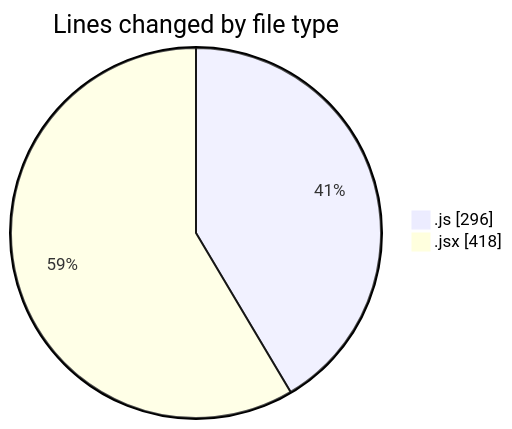
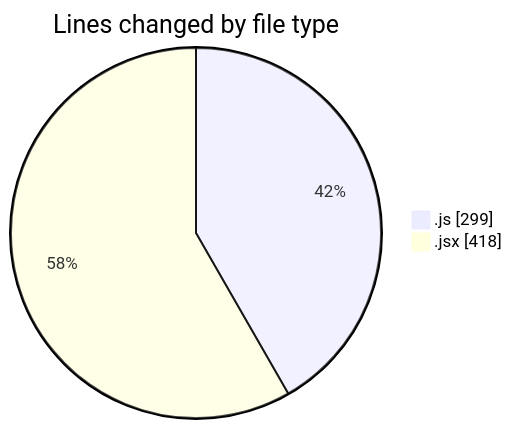
One commit to nxtqubesakshisongat/code-tracking changed the first of 2 diagrams in 2025-05-29/nxtqube_webapp/README.md. Above: the diagram before and after it, drawn with Mermaid. The commit also changed other lines of this file and 1 other file, not shown here.

````diff
--- a/2025-05-29/nxtqube_webapp/README.md
+++ b/2025-05-29/nxtqube_webapp/README.md
@@ -25,6 +25,6 @@
 ```mermaid
 pie showData
 title Lines changed by file type
-".js" : 296
+".js" : 299
 ".jsx" : 418
 ```
````
